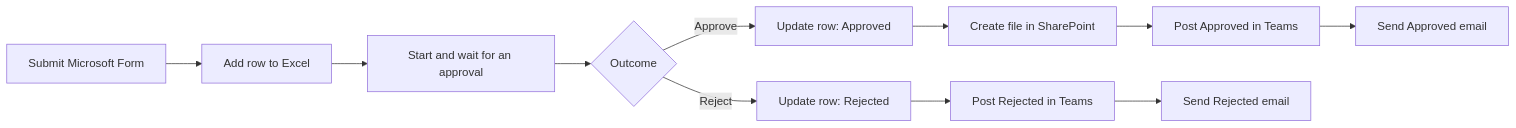
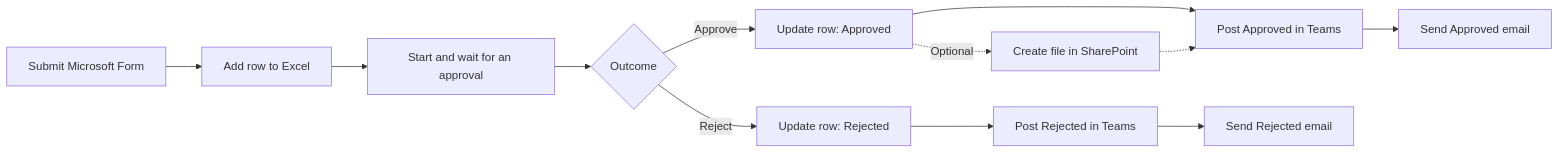
The diagram in docs/index.md (teerasej/cpall-gosoft-power-automate-2026), drawn with Mermaid before and after one commit. The commit also changed other lines of this file and 13 other files, not shown here.

Commit message:
Make SharePoint an optional Day 1 extension

````diff
--- a/docs/index.md
+++ b/docs/index.md
@@ -95,13 +101,14 @@
 ```mermaid
 flowchart LR
     A["Submit Microsoft Form"] --> B["Add row to Excel"]
     B --> C["Start and wait for an approval"]
     C --> D{"Outcome"}
     D -->|Approve| E["Update row: Approved"]
     D -->|Reject| F["Update row: Rejected"]
-    E --> G["Create file in SharePoint"]
-    G --> H["Post Approved in Teams"]
+    E --> H["Post Approved in Teams"]
+    E -. Optional .-> G["Create file in SharePoint"]
+    G -.-> H
     F --> I["Post Rejected in Teams"]
     H --> J["Send Approved email"]
     I --> K["Send Rejected email"]
 ```
````
